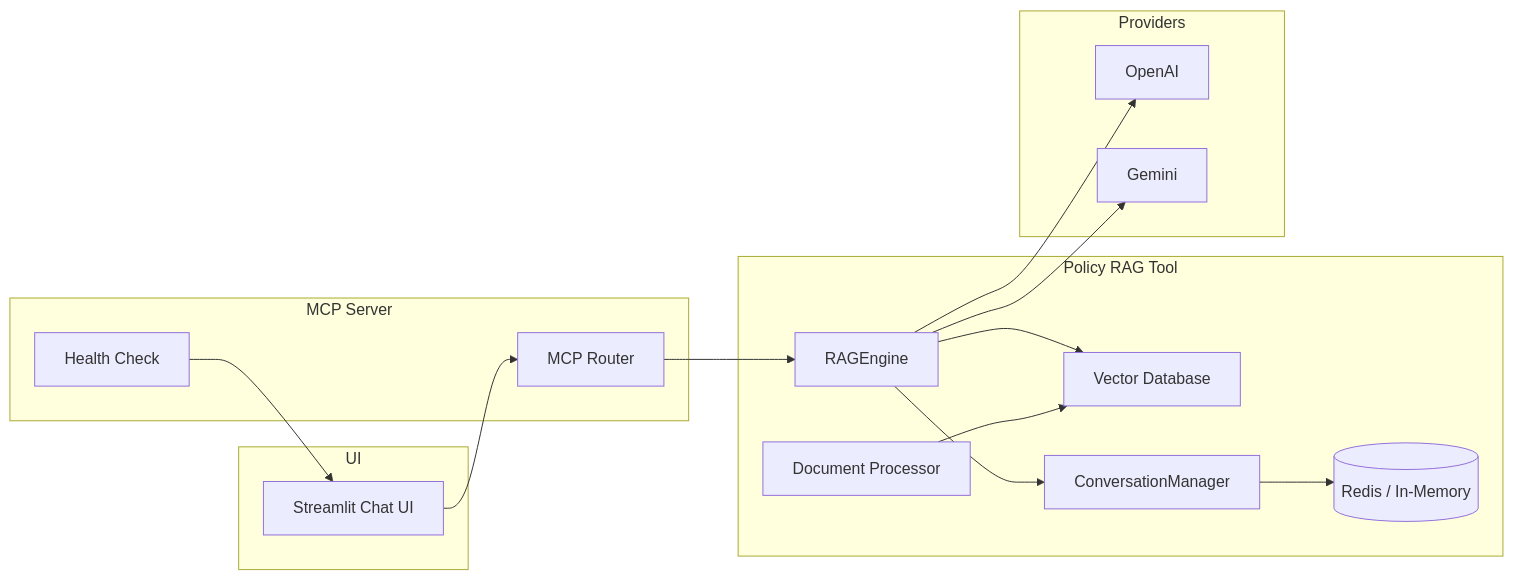
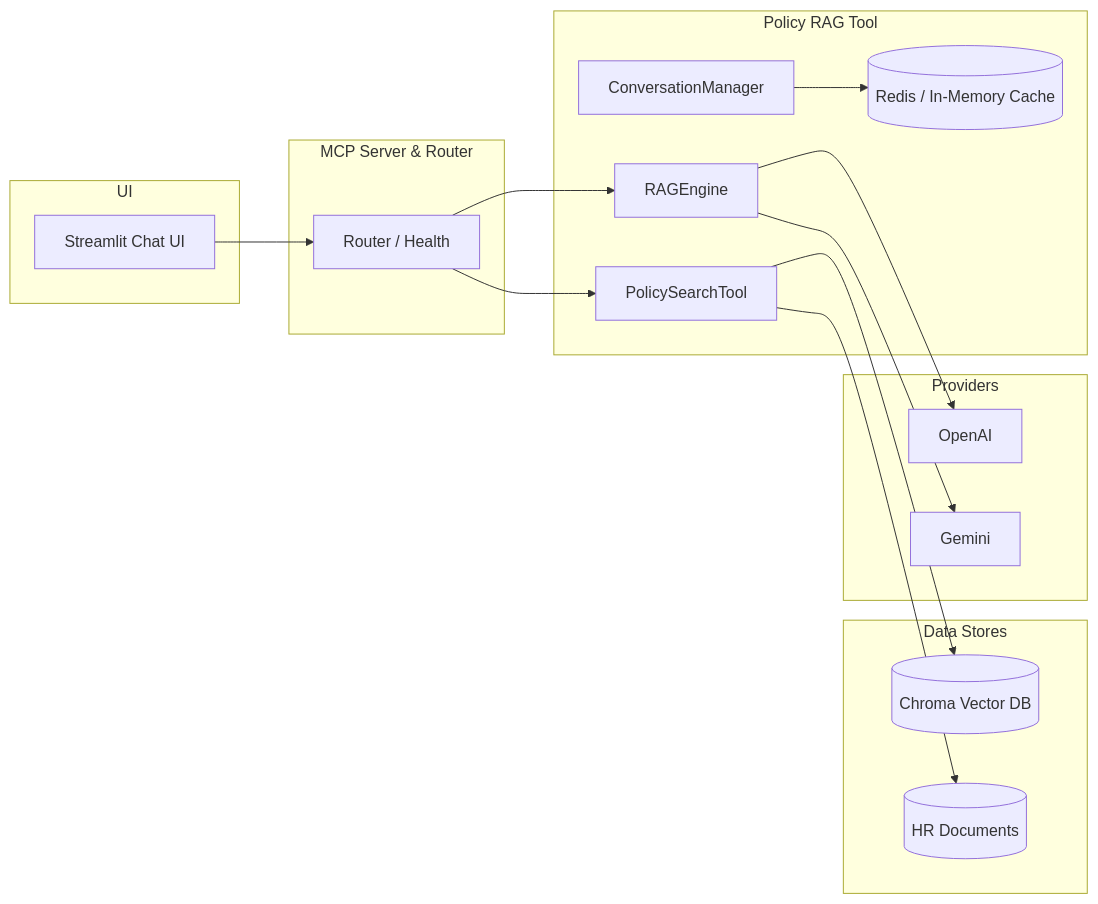
The diagram in docs/HOW_IT_WORKS.md (sanjanb/mcp-agent), drawn with Mermaid before and after one commit.

Commit message:
Refactor flowchart in HOW_IT_WORKS.md for improved clarity and accuracy of architecture representation

````diff
--- a/docs/HOW_IT_WORKS.md
+++ b/docs/HOW_IT_WORKS.md
@@ -26,34 +26,36 @@
 ```mermaid
 flowchart LR
   subgraph UI
-    ST[Streamlit Chat UI]
+    ST["Streamlit Chat UI"]
   end
 
-  subgraph MCP[MCP Server]
-    Router[MCP Router]
-    Health[Health Check]
+  subgraph MCP["MCP Server & Router"]
+    Router[Router / Health]
   end
 
-  subgraph RAG[Policy RAG Tool]
-    Proc[Document Processor]
-    Vec[Vector Database]
-    RAGEngine[RAGEngine]
-    Conv[ConversationManager]
-    Cache[(Redis / In-Memory)]
+  subgraph TOOLS["Policy RAG Tool"]
+    PS[PolicySearchTool]
+    RAG[RAGEngine]
+    CONV[ConversationManager]
+    CACHE[(Redis / In‑Memory Cache)]
   end
 
-  subgraph LLM[Providers]
-    OpenAI[OpenAI]
-    Gemini[Gemini]
+  subgraph DATA["Data Stores"]
+    CHROMA[(Chroma Vector DB)]
+    DOCS[(HR Documents)]
+  end
+
+  subgraph LLM["Providers"]
+    OPENAI[OpenAI]
+    GEMINI[Gemini]
   end
 
   ST --> Router
-  Router --> RAGEngine
-  RAGEngine --> Vec
-  RAGEngine --> Conv
-  Conv --> Cache
-  RAGEngine --> OpenAI
-  RAGEngine --> Gemini
-  Proc --> Vec
-  Health --> ST
+  Router --> PS
+  Router --> RAG
+  PS --> CHROMA
+  PS --> DOCS
+  RAG --> OPENAI
+  RAG --> GEMINI
+  CONV --> CACHE
 ```
````
